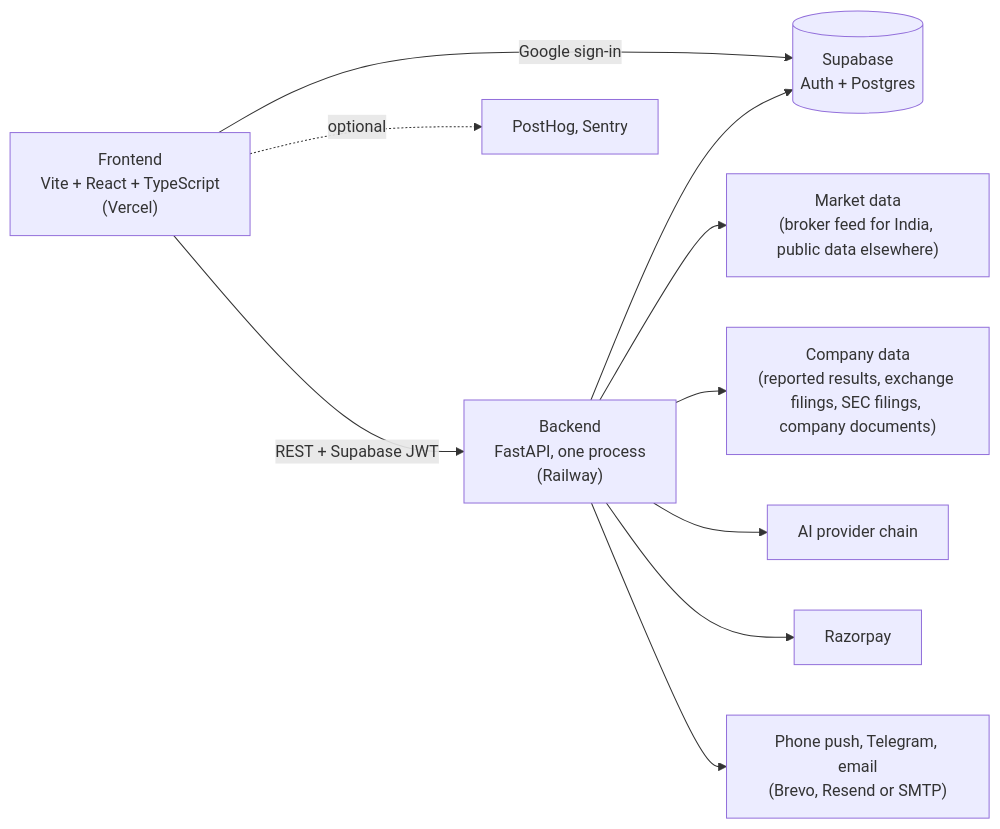
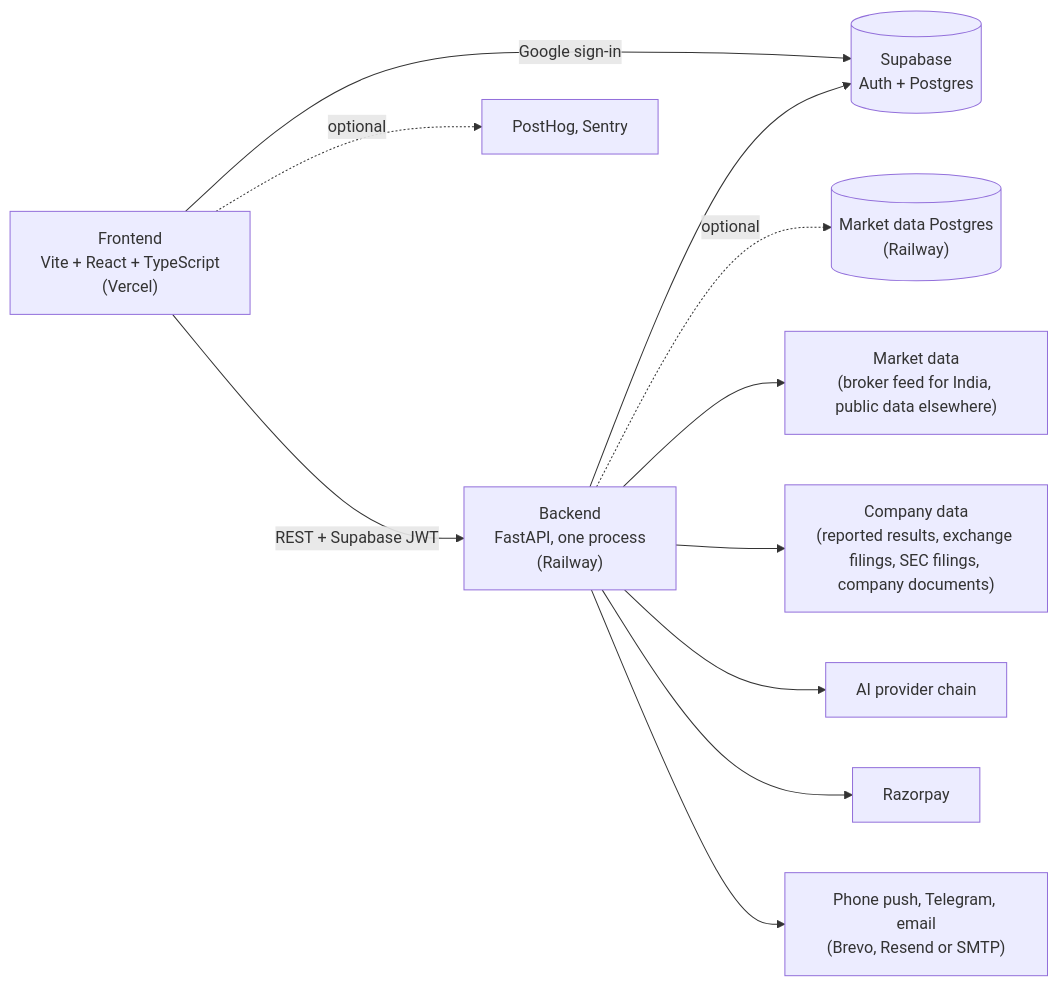
Before and after one commit to prakul1982/stratlab: the diagram in README.md, drawn with Mermaid. The commit also changed other lines of this file and 36 other files, not shown here.

````diff
--- a/README.md
+++ b/README.md
@@ -121,12 +156,13 @@
 ```mermaid
 flowchart LR
     UI["Frontend<br/>Vite + React + TypeScript<br/>(Vercel)"] -- "REST + Supabase JWT" --> API["Backend<br/>FastAPI, one process<br/>(Railway)"]
     UI -- "Google sign-in" --> SB[("Supabase<br/>Auth + Postgres")]
     API --> SB
+    API -. "optional" .-> MDB[("Market data Postgres<br/>(Railway)")]
     API --> MD["Market data<br/>(broker feed for India, public data elsewhere)"]
     API --> CO["Company data<br/>(reported results, exchange filings, SEC filings, company documents)"]
     API --> AI["AI provider chain"]
     API --> PAY["Razorpay"]
     API --> OUT["Phone push, Telegram, email<br/>(Brevo, Resend or SMTP)"]
     UI -. "optional" .-> PH["PostHog, Sentry"]
 ```
````
